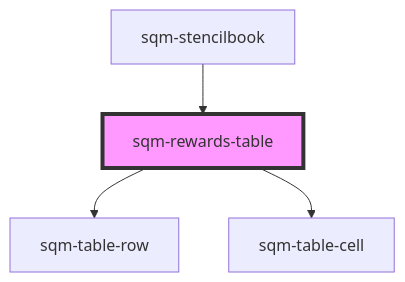
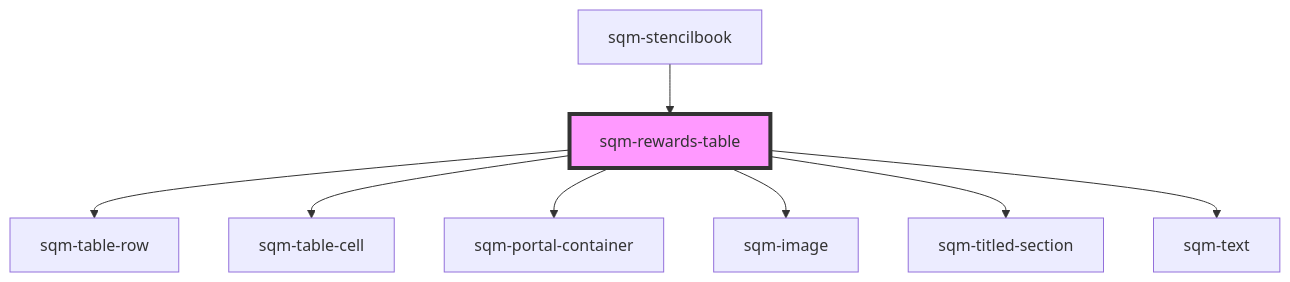
The diagram in packages/mint-components/src/components/sqm-rewards-table/readme.md (saasquatch/program-tools), drawn with Mermaid before and after one commit. The commit also changed other lines of this file and 14 other files, not shown here.

````diff
--- a/packages/mint-components/src/components/sqm-rewards-table/readme.md
+++ b/packages/mint-components/src/components/sqm-rewards-table/readme.md
@@ -38,7 +42,11 @@
 ```mermaid
 graph TD;
   sqm-rewards-table --> sqm-table-row
   sqm-rewards-table --> sqm-table-cell
+  sqm-rewards-table --> sqm-portal-container
+  sqm-rewards-table --> sqm-image
+  sqm-rewards-table --> sqm-titled-section
+  sqm-rewards-table --> sqm-text
   sqm-stencilbook --> sqm-rewards-table
   style sqm-rewards-table fill:#f9f,stroke:#333,stroke-width:4px
 ```
````
